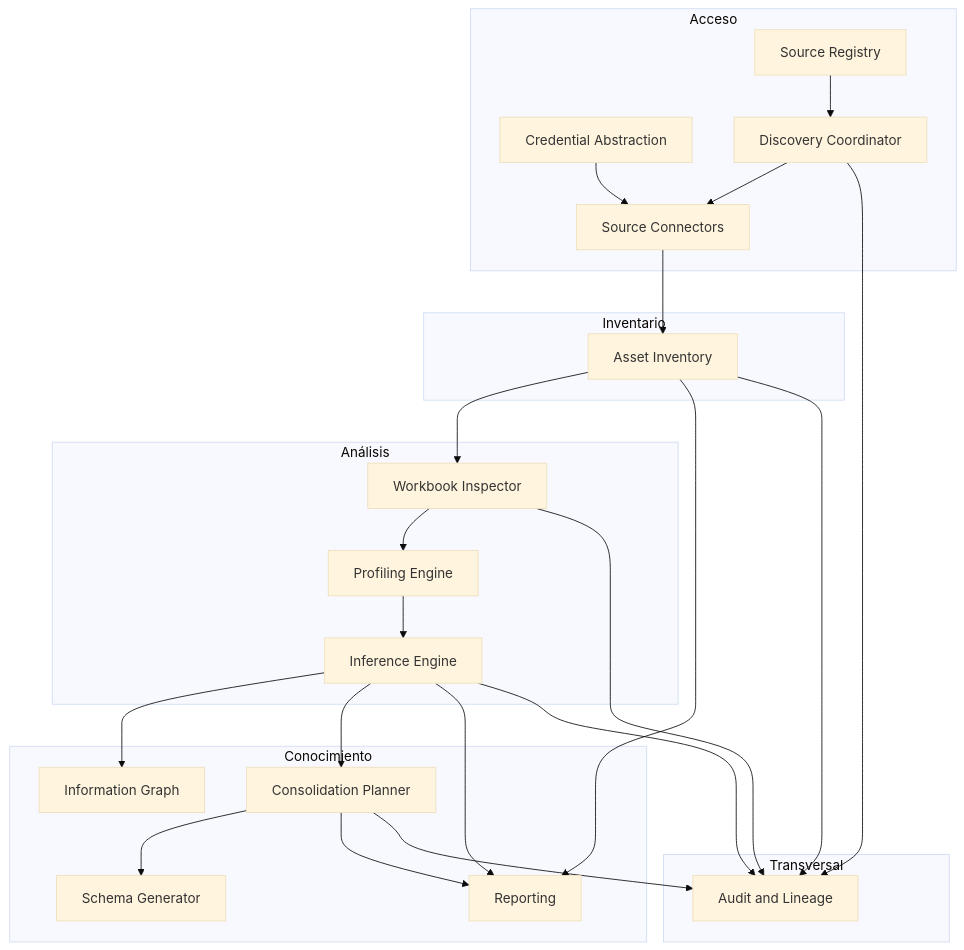
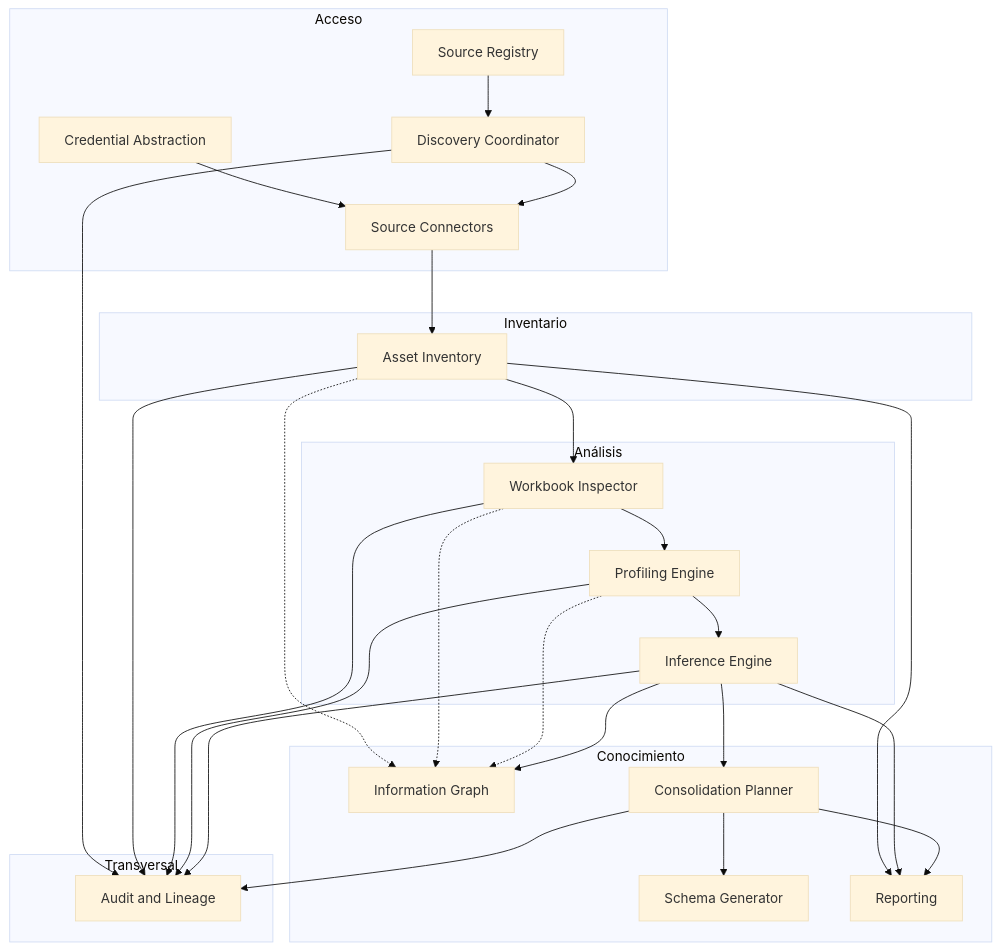
Before and after one commit to txemazapater/exceler: the first of 2 diagrams in docs/architecture.md, drawn with Mermaid (base theme). The commit also changed other lines of this file and 9 other files, not shown here.

````diff
--- a/docs/architecture.md
+++ b/docs/architecture.md
@@ -41,49 +50,53 @@
 ```mermaid
 flowchart TB
   subgraph access [Acceso]
     SR[Source Registry]
     CA[Credential Abstraction]
     DC[Discovery Coordinator]
     SC[Source Connectors]
   end
 
   subgraph inventory [Inventario]
     AI[Asset Inventory]
   end
 
   subgraph analysis [Análisis]
     WI[Workbook Inspector]
     PE[Profiling Engine]
     IE[Inference Engine]
   end
 
   subgraph knowledge [Conocimiento]
     IG[Information Graph]
     CP[Consolidation Planner]
     SG[Schema Generator]
     RP[Reporting]
   end
 
   subgraph cross [Transversal]
     AL[Audit and Lineage]
   end
 
   SR --> DC
   CA --> SC
   DC --> SC
   SC --> AI
   AI --> WI
   WI --> PE
   PE --> IE
+  AI -.-> IG
+  WI -.-> IG
+  PE -.-> IG
   IE --> IG
   IE --> CP
   CP --> SG
   AI --> RP
   IE --> RP
   CP --> RP
   DC --> AL
   AI --> AL
   WI --> AL
+  PE --> AL
   IE --> AL
   CP --> AL
 ```
````
